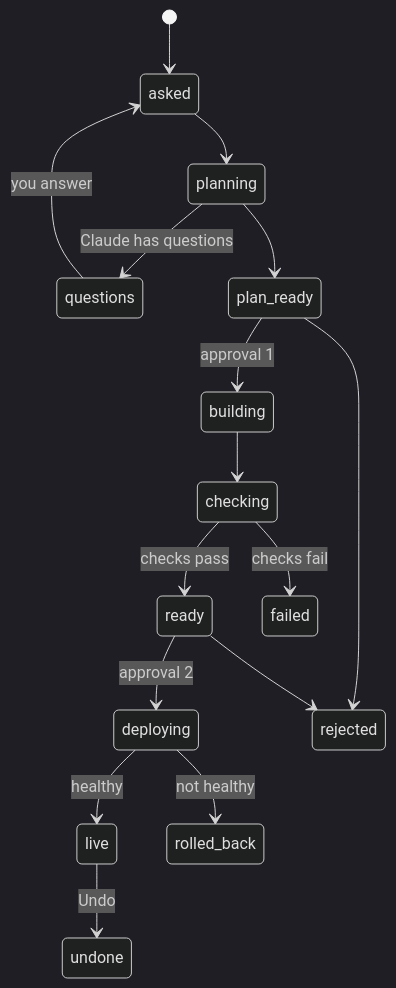
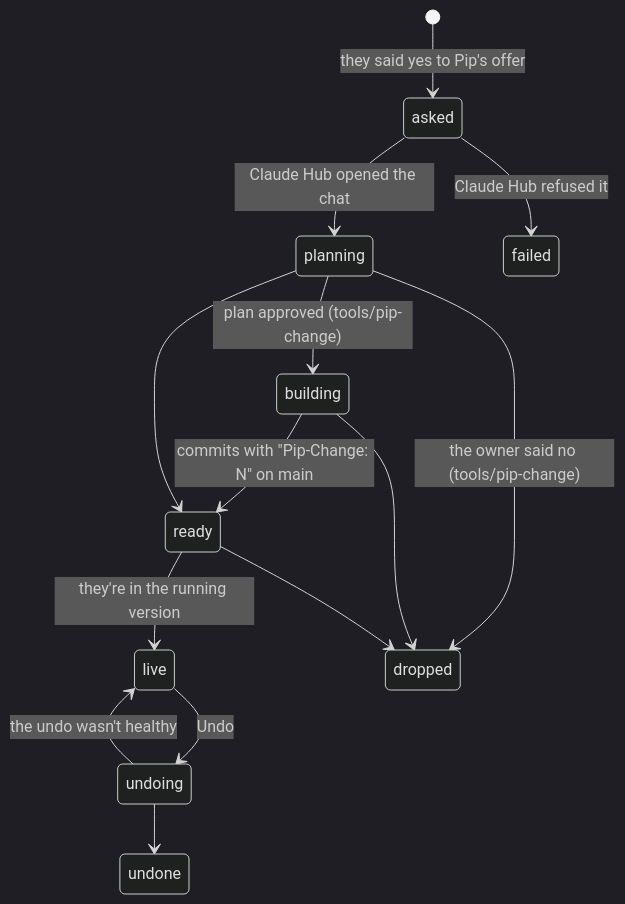
The third of 3 diagrams in docs/HOW-PIP-WORKS.md (LandenHeine17/pip), drawn with Mermaid (dark theme) before and after one commit. The commit also changed other lines of this file and 45 other files, not shown here.

First line of the commit message:
Self-changes in Claude Hub: Pip offers to write a change up, the Hub chat does the rest (D-152)

````diff
--- a/docs/HOW-PIP-WORKS.md
+++ b/docs/HOW-PIP-WORKS.md
@@ -313,18 +310,16 @@
 ```mermaid
 stateDiagram-v2
-    [*] --> asked
-    asked --> planning
-    planning --> questions: Claude has questions
-    questions --> asked: you answer
-    planning --> plan_ready
-    plan_ready --> building: approval 1
-    building --> checking
-    checking --> ready: checks pass
-    checking --> failed: checks fail
-    ready --> deploying: approval 2
-    deploying --> live: healthy
-    deploying --> rolled_back: not healthy
-    live --> undone: Undo
-    plan_ready --> rejected
-    ready --> rejected
+    [*] --> asked: they said yes to Pip's offer
+    asked --> planning: Claude Hub opened the chat
+    asked --> failed: Claude Hub refused it
+    planning --> building: plan approved (tools/pip-change)
+    building --> ready: commits with "Pip-Change: N" on main
+    planning --> ready
+    ready --> live: they're in the running version
+    planning --> dropped: the owner said no (tools/pip-change)
+    building --> dropped
+    ready --> dropped
+    live --> undoing: Undo
+    undoing --> undone
+    undoing --> live: the undo wasn't healthy
 ```
````
